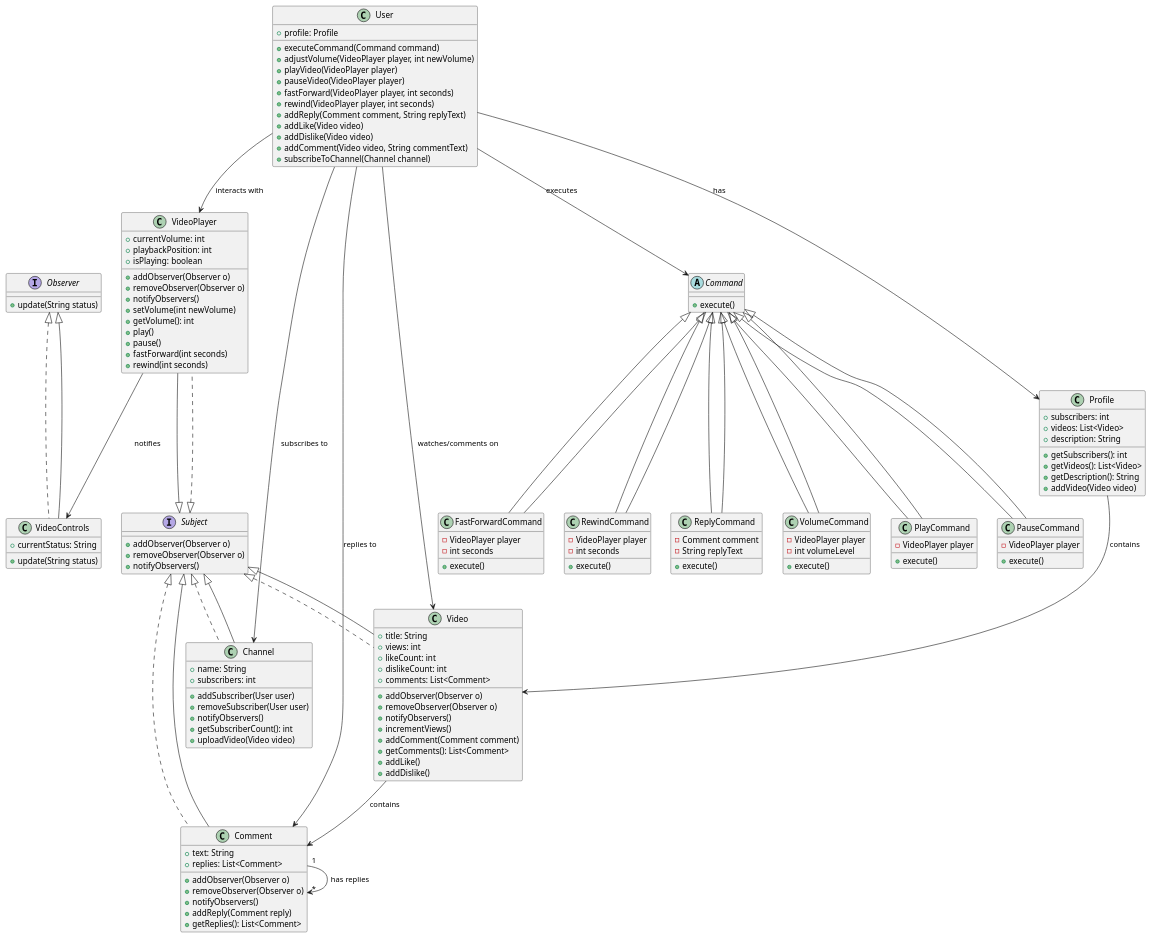
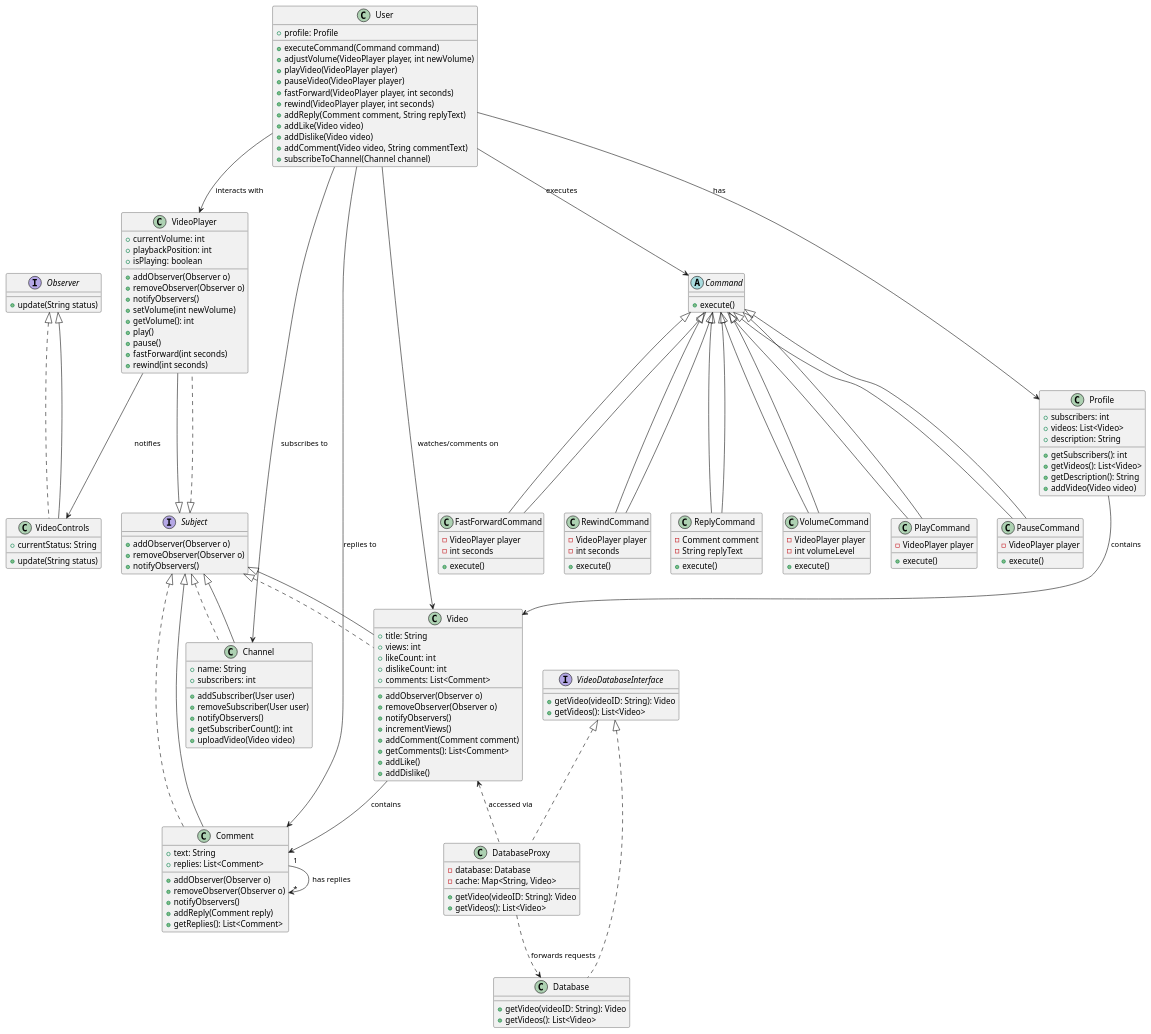
Before and after one commit to DanielVAppel/CS5800Quiz3_UML_ClassandActivityDiagrams: the diagram in src/CS5800/YoutubeClassDiagram.puml, drawn with PlantUML. The commit also changed 1 other file, not shown here.

Commit message:
added a VideoDataBaseInterface, Database class, and Database Proxy

```diff
--- a/src/CS5800/YoutubeClassDiagram.puml
+++ b/src/CS5800/YoutubeClassDiagram.puml
@@ -1,152 +1,172 @@
 @startuml
 interface Observer {
     + update(String status)
 }
 
 interface Subject {
     + addObserver(Observer o)
     + removeObserver(Observer o)
     + notifyObservers()
 }
 
 class User {
     + profile: Profile
     + executeCommand(Command command)
     + adjustVolume(VideoPlayer player, int newVolume)
     + playVideo(VideoPlayer player)
     + pauseVideo(VideoPlayer player)
     + fastForward(VideoPlayer player, int seconds)
     + rewind(VideoPlayer player, int seconds)
     + addReply(Comment comment, String replyText)
     + addLike(Video video)
     + addDislike(Video video)
     + addComment(Video video, String commentText)
     + subscribeToChannel(Channel channel)
 }
 
 class Profile {
     + subscribers: int
     + videos: List<Video>
     + description: String
     + getSubscribers(): int
     + getVideos(): List<Video>
     + getDescription(): String
     + addVideo(Video video)
 }
 
 class VideoPlayer implements Subject {
     + currentVolume: int
     + playbackPosition: int
     + isPlaying: boolean
     + addObserver(Observer o)
     + removeObserver(Observer o)
     + notifyObservers()
     + setVolume(int newVolume)
     + getVolume(): int
     + play()
     + pause()
     + fastForward(int seconds)
     + rewind(int seconds)
 }
 
 abstract class Command {
     + execute()
 }
 
 class VolumeCommand extends Command {
     - VideoPlayer player
     - int volumeLevel
     + execute()
 }
 
 class PlayCommand extends Command {
     - VideoPlayer player
     + execute()
 }
 
 class PauseCommand extends Command {
     - VideoPlayer player
     + execute()
 }
 
 class FastForwardCommand extends Command {
     - VideoPlayer player
     - int seconds
     + execute()
 }
 
 class RewindCommand extends Command {
     - VideoPlayer player
     - int seconds
     + execute()
 }
 
 class ReplyCommand extends Command {
     - Comment comment
     - String replyText
     + execute()
 }
 
 class VideoControls implements Observer {
     + currentStatus: String
     + update(String status)
 }
 
 class Video implements Subject {
     + title: String
     + views: int
     + likeCount: int
     + dislikeCount: int
     + comments: List<Comment>
     + addObserver(Observer o)
     + removeObserver(Observer o)
     + notifyObservers()
     + incrementViews()
     + addComment(Comment comment)
     + getComments(): List<Comment>
     + addLike()
     + addDislike()
 }
 
 class Comment implements Subject {
     + text: String
     + replies: List<Comment>
     + addObserver(Observer o)
     + removeObserver(Observer o)
     + notifyObservers()
     + addReply(Comment reply)
     + getReplies(): List<Comment>
 }
 
 class Channel implements Subject {
     + name: String
     + subscribers: int
     + addSubscriber(User user)
     + removeSubscriber(User user)
     + notifyObservers()
     + getSubscriberCount(): int
     + uploadVideo(Video video)
 }
 
+interface VideoDatabaseInterface {
+    + getVideo(videoID: String): Video
+    + getVideos(): List<Video>
+}
+
+class Database implements VideoDatabaseInterface {
+    + getVideo(videoID: String): Video
+    + getVideos(): List<Video>
+}
+
+class DatabaseProxy implements VideoDatabaseInterface {
+    - database: Database
+    - cache: Map<String, Video>
+    + getVideo(videoID: String): Video
+    + getVideos(): List<Video>
+}
+
 User --> Command : executes
 User --> VideoPlayer : interacts with
 User --> Video : watches/comments on
 User --> Comment : replies to
 User --> Channel : subscribes to
 User --> Profile : has
 Profile --> Video : contains
 Command <|-- VolumeCommand
 Command <|-- PlayCommand
 Command <|-- PauseCommand
 Command <|-- FastForwardCommand
 Command <|-- RewindCommand
 Command <|-- ReplyCommand
 VideoPlayer -down-|> Subject
 Video -down-|> Subject
 Comment -down-|> Subject
 Channel -down-|> Subject
 Video --> Comment : contains
 Comment "1" --> "*" Comment : has replies
 VideoPlayer --> VideoControls : notifies
 VideoControls -down-|> Observer
+
+Video <.. DatabaseProxy : accessed via
+DatabaseProxy ..> Database : forwards requests
 @enduml
```
